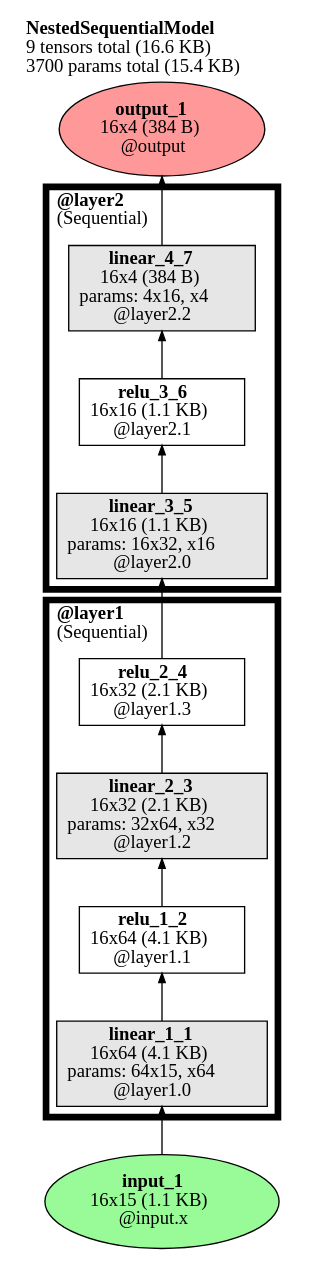
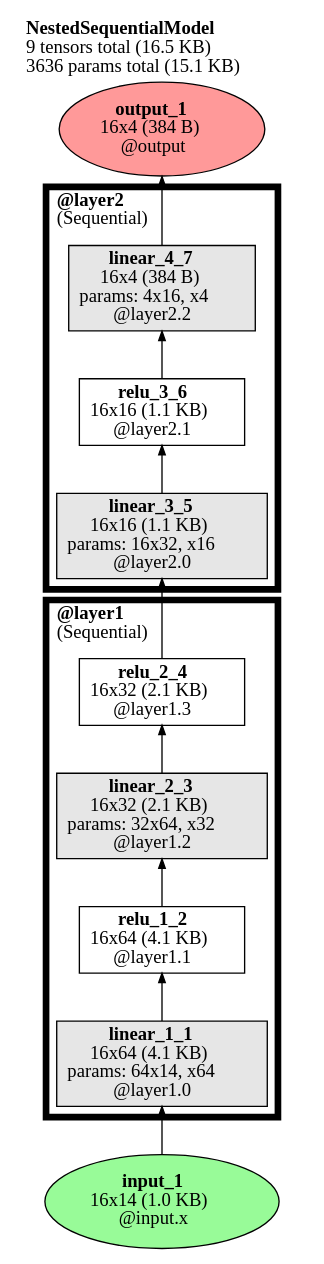
The diagram in Course_3/DL/graph.gv (Ackrome/FU), drawn with Graphviz before and after one commit. The commit also changed 3 other files, not shown here.

```diff
--- a/Course_3/DL/graph.gv
+++ b/Course_3/DL/graph.gv
@@ -1,67 +1,67 @@
 // Computational graph for the feedforward sweep
 digraph NestedSequentialModel {
-	graph [label=<<B>NestedSequentialModel</B><br align='left'/>9 tensors total (16.6 KB)<br align='left'/>3700 params total (15.4 KB)<br align='left'/>> labeljust=left labelloc=t ordering=out rankdir=BT]
+	graph [label=<<B>NestedSequentialModel</B><br align='left'/>9 tensors total (16.5 KB)<br align='left'/>3636 params total (15.1 KB)<br align='left'/>> labeljust=left labelloc=t ordering=out rankdir=BT]
 	node [ordering=out]
-	input_1 [label=<<b>input_1</b><br/>16x15 (1.1 KB)<br/>@input.x> color=black fillcolor="#98FB98" fontcolor=black ordering=out shape=oval style="filled,solid"]
+	input_1 [label=<<b>input_1</b><br/>16x14 (1.0 KB)<br/>@input.x> color=black fillcolor="#98FB98" fontcolor=black ordering=out shape=oval style="filled,solid"]
 	input_1 -> linear_1_1 [arrowsize=.7 color=black fontcolor=black labelfontsize=8 style=solid]
-	linear_1_1 [label=<<b>linear_1_1</b><br/>16x64 (4.1 KB)<br/>params: 64x15, x64<br/>@layer1.0> color=black fillcolor="#E6E6E6" fontcolor=black ordering=out shape=box style="filled,solid"]
+	linear_1_1 [label=<<b>linear_1_1</b><br/>16x64 (4.1 KB)<br/>params: 64x14, x64<br/>@layer1.0> color=black fillcolor="#E6E6E6" fontcolor=black ordering=out shape=box style="filled,solid"]
 	relu_1_2 [label=<<b>relu_1_2</b><br/>16x64 (4.1 KB)<br/>@layer1.1> color=black fillcolor=white fontcolor=black ordering=out shape=box style="filled,solid"]
 	linear_2_3 [label=<<b>linear_2_3</b><br/>16x32 (2.1 KB)<br/>params: 32x64, x32<br/>@layer1.2> color=black fillcolor="#E6E6E6" fontcolor=black ordering=out shape=box style="filled,solid"]
 	relu_2_4 [label=<<b>relu_2_4</b><br/>16x32 (2.1 KB)<br/>@layer1.3> color=black fillcolor=white fontcolor=black ordering=out shape=box style="filled,solid"]
 	relu_2_4 -> linear_3_5 [arrowsize=.7 color=black fontcolor=black labelfontsize=8 style=solid]
 	linear_3_5 [label=<<b>linear_3_5</b><br/>16x16 (1.1 KB)<br/>params: 16x32, x16<br/>@layer2.0> color=black fillcolor="#E6E6E6" fontcolor=black ordering=out shape=box style="filled,solid"]
 	relu_3_6 [label=<<b>relu_3_6</b><br/>16x16 (1.1 KB)<br/>@layer2.1> color=black fillcolor=white fontcolor=black ordering=out shape=box style="filled,solid"]
 	linear_4_7 [label=<<b>linear_4_7</b><br/>16x4 (384 B)<br/>params: 4x16, x4<br/>@layer2.2> color=black fillcolor="#E6E6E6" fontcolor=black ordering=out shape=box style="filled,solid"]
 	linear_4_7 -> output_1 [arrowsize=.7 color=black fontcolor=black labelfontsize=8 style=solid]
 	output_1 [label=<<b>output_1</b><br/>16x4 (384 B)<br/>@output> color=black fillcolor="#ff9999" fontcolor=black ordering=out shape=oval style="filled,solid"]
 	{
 		rank=sink
 		output_1
 	}
 	subgraph cluster_layer1_pass1 {
 		fillcolor=white label=<<B>@layer1</B><br align='left'/>(Sequential)<br align='left'/>> labelloc=b penwidth=5.0 style="filled,solid"
 		linear_1_1 -> relu_1_2 [arrowsize=.7 color=black fontcolor=black labelfontsize=8 style=solid]
 		relu_1_2 -> linear_2_3 [arrowsize=.7 color=black fontcolor=black labelfontsize=8 style=solid]
 		linear_2_3 -> relu_2_4 [arrowsize=.7 color=black fontcolor=black labelfontsize=8 style=solid]
 	}
 	subgraph cluster_layer2_pass1 {
 		fillcolor=white label=<<B>@layer2</B><br align='left'/>(Sequential)<br align='left'/>> labelloc=b penwidth=5.0 style="filled,solid"
 		linear_3_5 -> relu_3_6 [arrowsize=.7 color=black fontcolor=black labelfontsize=8 style=solid]
 		relu_3_6 -> linear_4_7 [arrowsize=.7 color=black fontcolor=black labelfontsize=8 style=solid]
 	}
 	subgraph cluster_layer1_pass1 {
 		subgraph "cluster_layer1.0_pass1" {
 			fillcolor=white label=<<B>@layer1.0</B><br align='left'/>(Linear)<br align='left'/>> labelloc=b penwidth=2.0 style="filled,dashed"
 		}
 	}
 	subgraph cluster_layer1_pass1 {
 		subgraph "cluster_layer1.1_pass1" {
 			fillcolor=white label=<<B>@layer1.1</B><br align='left'/>(ReLU)<br align='left'/>> labelloc=b penwidth=2.0 style="filled,dashed"
 		}
 	}
 	subgraph cluster_layer1_pass1 {
 		subgraph "cluster_layer1.2_pass1" {
 			fillcolor=white label=<<B>@layer1.2</B><br align='left'/>(Linear)<br align='left'/>> labelloc=b penwidth=2.0 style="filled,dashed"
 		}
 	}
 	subgraph cluster_layer1_pass1 {
 		subgraph "cluster_layer1.3_pass1" {
 			fillcolor=white label=<<B>@layer1.3</B><br align='left'/>(ReLU)<br align='left'/>> labelloc=b penwidth=2.0 style="filled,dashed"
 		}
 	}
 	subgraph cluster_layer2_pass1 {
 		subgraph "cluster_layer2.0_pass1" {
 			fillcolor=white label=<<B>@layer2.0</B><br align='left'/>(Linear)<br align='left'/>> labelloc=b penwidth=2.0 style="filled,dashed"
 		}
 	}
 	subgraph cluster_layer2_pass1 {
 		subgraph "cluster_layer2.1_pass1" {
 			fillcolor=white label=<<B>@layer2.1</B><br align='left'/>(ReLU)<br align='left'/>> labelloc=b penwidth=2.0 style="filled,dashed"
 		}
 	}
 	subgraph cluster_layer2_pass1 {
 		subgraph "cluster_layer2.2_pass1" {
 			fillcolor=white label=<<B>@layer2.2</B><br align='left'/>(Linear)<br align='left'/>> labelloc=b penwidth=2.0 style="filled,dashed"
 		}
 	}
 }
```
